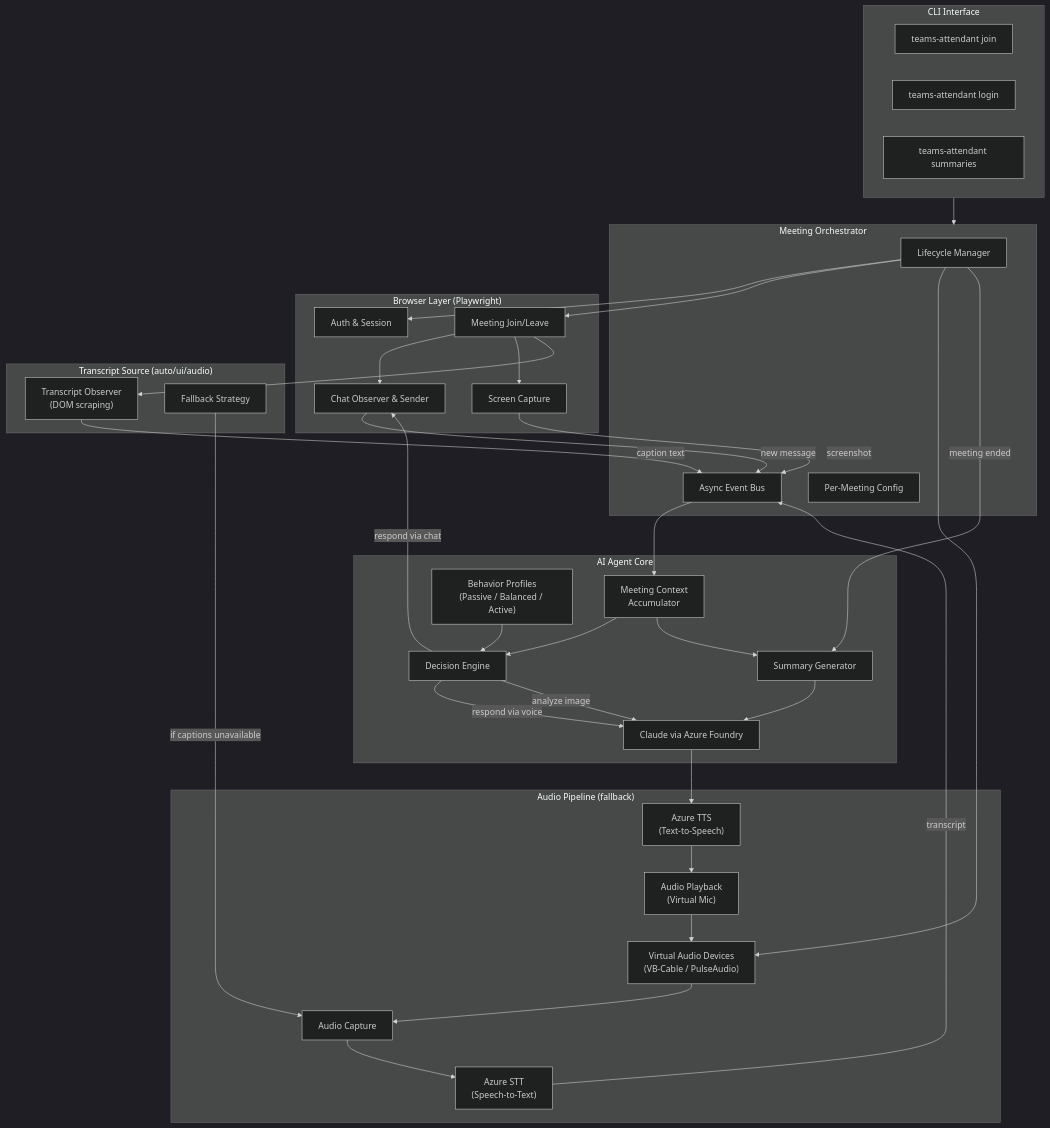
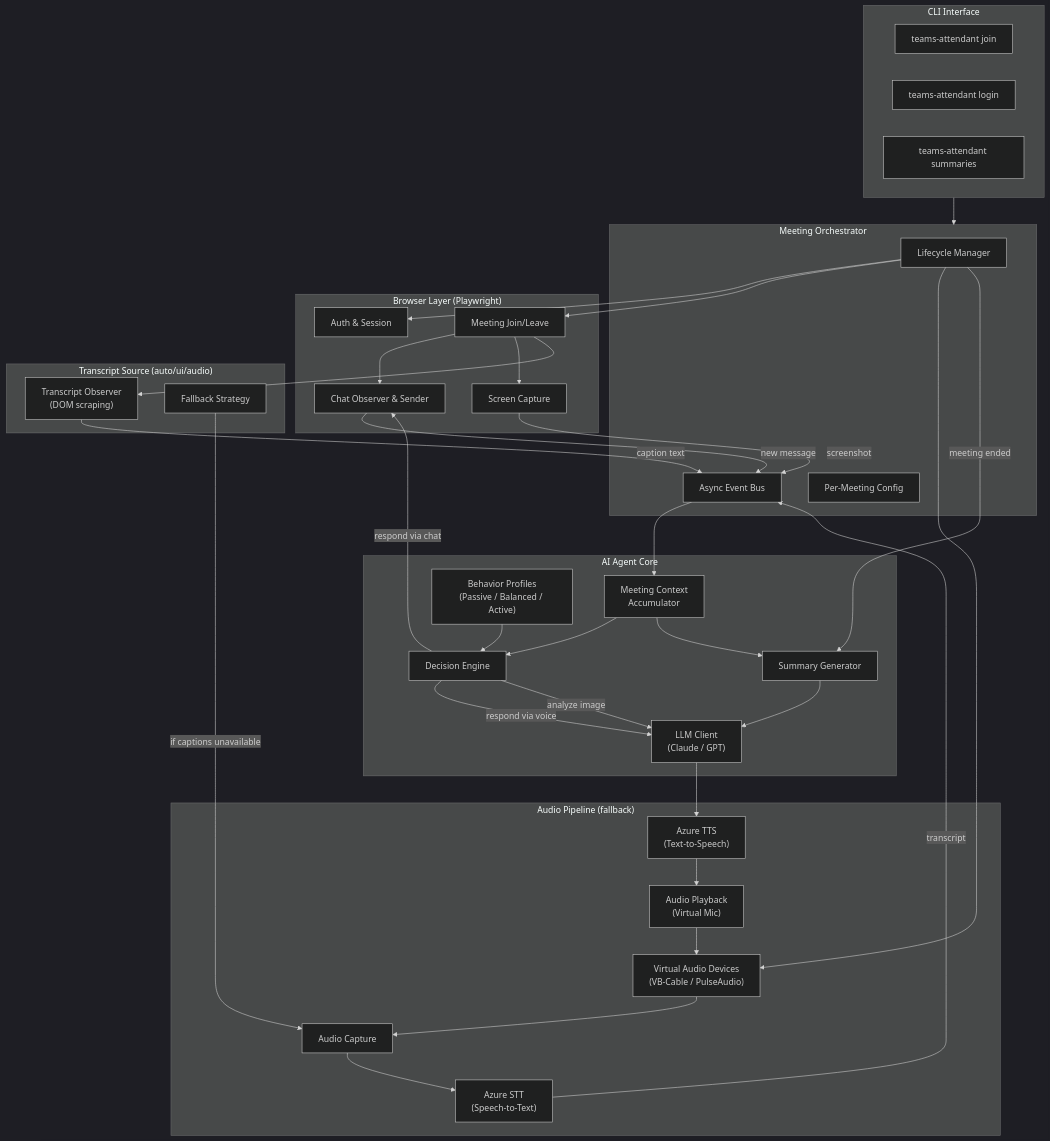
One commit to markjgardner/teams-attendant changed the diagram in README.md. Above: the diagram before and after it, drawn with Mermaid (dark theme). The commit also changed other lines of this file and 13 other files, not shown here.

````diff
--- a/README.md
+++ b/README.md
@@ -17,76 +17,76 @@
 ```mermaid
 graph TB
     subgraph CLI["CLI Interface"]
         join["teams-attendant join"]
         login["teams-attendant login"]
         summaries["teams-attendant summaries"]
     end
 
     subgraph Orchestrator["Meeting Orchestrator"]
         lifecycle["Lifecycle Manager"]
         eventbus["Async Event Bus"]
         meetconfig["Per-Meeting Config"]
     end
 
     subgraph Browser["Browser Layer (Playwright)"]
         auth["Auth & Session"]
         meetjoin["Meeting Join/Leave"]
         chat["Chat Observer & Sender"]
         screen["Screen Capture"]
     end
 
     subgraph Transcript["Transcript Source (auto/ui/audio)"]
         transcriptobs["Transcript Observer\n(DOM scraping)"]
         fallback["Fallback Strategy"]
     end
 
     subgraph Audio["Audio Pipeline (fallback)"]
         vdev["Virtual Audio Devices\n(VB-Cable / PulseAudio)"]
         capture["Audio Capture"]
         stt["Azure STT\n(Speech-to-Text)"]
         tts["Azure TTS\n(Text-to-Speech)"]
         playback["Audio Playback\n(Virtual Mic)"]
     end
 
     subgraph Agent["AI Agent Core"]
-        llm["Claude via Azure Foundry"]
+        llm["LLM Client\n(Claude / GPT)"]
         context["Meeting Context\nAccumulator"]
         decision["Decision Engine"]
         profiles["Behavior Profiles\n(Passive / Balanced / Active)"]
         summarizer["Summary Generator"]
     end
 
     CLI --> Orchestrator
     lifecycle --> auth
     lifecycle --> meetjoin
     lifecycle --> vdev
 
     meetjoin --> chat
     meetjoin --> screen
     meetjoin --> transcriptobs
 
     chat -- "new message" --> eventbus
     transcriptobs -- "caption text" --> eventbus
     stt -- "transcript" --> eventbus
     screen -- "screenshot" --> eventbus
 
     fallback -- "if captions unavailable" --> capture
 
     eventbus --> context
     context --> decision
     profiles --> decision
 
     decision -- "respond via chat" --> chat
     decision -- "respond via voice" --> llm
     llm --> tts
     decision -- "analyze image" --> llm
 
     tts --> playback
     playback --> vdev
     capture --> stt
     vdev --> capture
 
     lifecycle -- "meeting ended" --> summarizer
     context --> summarizer
     summarizer --> llm
 ```
````
